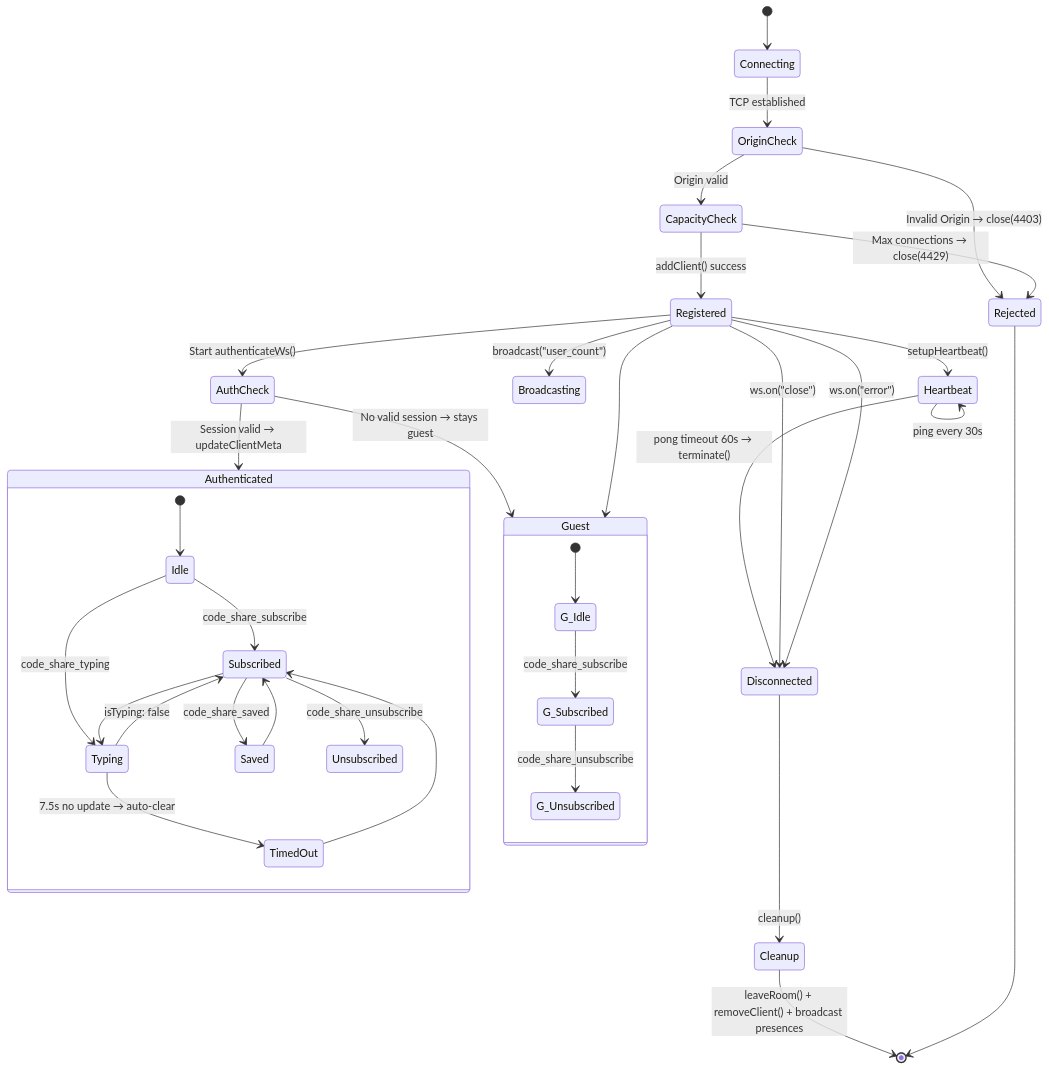
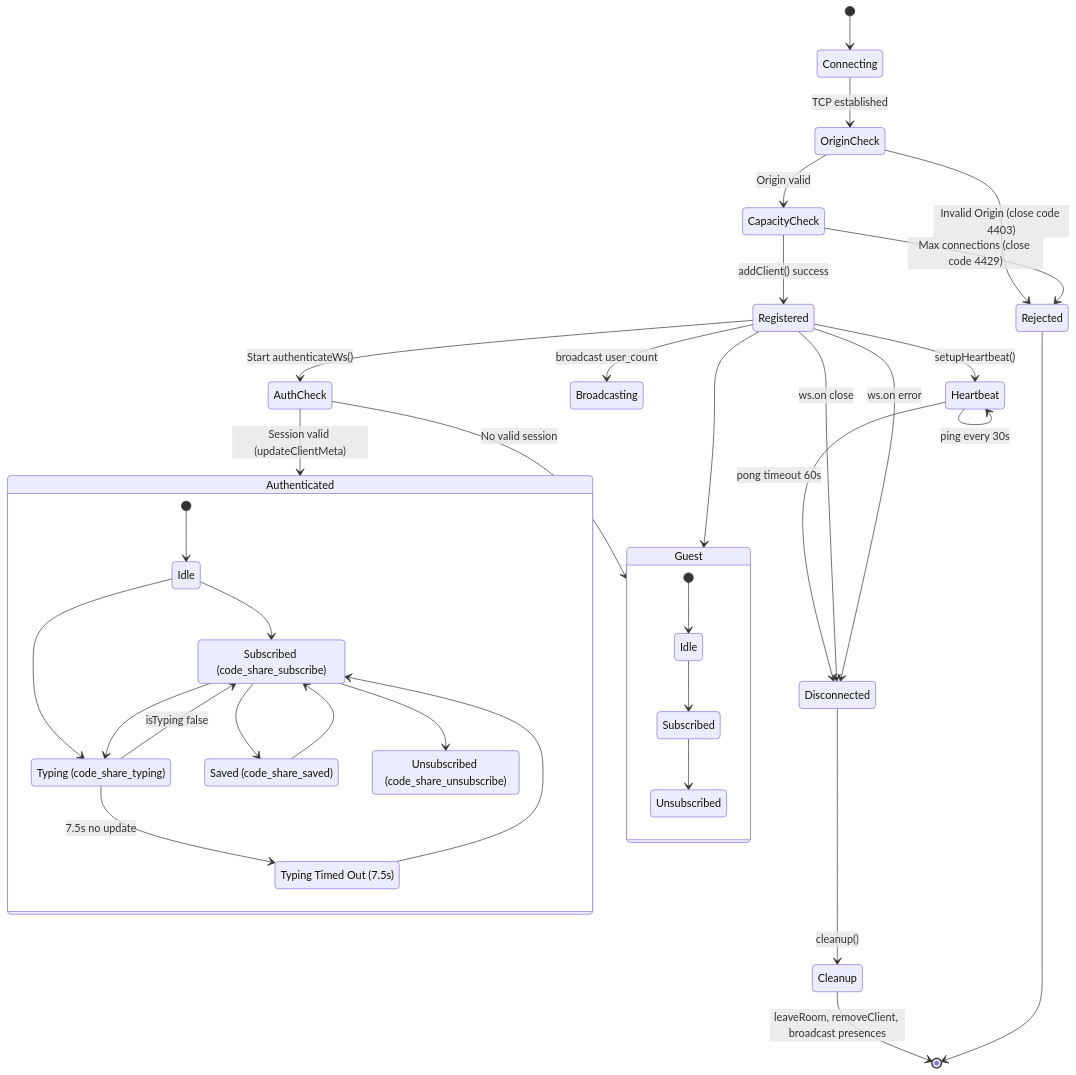
Before and after one commit to kim0040/Nadeulhae: the eighth of 17 diagrams in docs/ARCHITECTURE_UML.md, drawn with Mermaid. The commit also changed other lines of this file, not shown here.

Commit message:
fix(docs): fix Mermaid syntax errors in UML diagrams (invalid types, special chars)

````diff
--- a/docs/ARCHITECTURE_UML.md
+++ b/docs/ARCHITECTURE_UML.md
@@ -895,50 +880,61 @@
 ```mermaid
 stateDiagram-v2
     [*] --> Connecting
 
     Connecting --> OriginCheck : TCP established
-    OriginCheck --> Rejected : Invalid Origin → close(4403)
+    OriginCheck --> Rejected : Invalid Origin (close code 4403)
     OriginCheck --> CapacityCheck : Origin valid
     
-    CapacityCheck --> Rejected : Max connections → close(4429)
+    CapacityCheck --> Rejected : Max connections (close code 4429)
     CapacityCheck --> Registered : addClient() success
     
     Registered --> AuthCheck : Start authenticateWs()
-    Registered --> Broadcasting : broadcast("user_count")
+    Registered --> Broadcasting : broadcast user_count
     Registered --> Heartbeat : setupHeartbeat()
 
-    AuthCheck --> Authenticated : Session valid → updateClientMeta
-    AuthCheck --> Guest : No valid session → stays guest
+    AuthCheck --> Authenticated : Session valid (updateClientMeta)
+    AuthCheck --> Guest : No valid session
 
     state Authenticated {
-        [*] --> Idle
-        Idle --> Subscribed : code_share_subscribe
-        Idle --> Typing : code_share_typing
-        Subscribed --> Saved : code_share_saved
-        Saved --> Subscribed
-        Subscribed --> Unsubscribed : code_share_unsubscribe
-        Subscribed --> Typing
-        Typing --> Subscribed : isTyping: false
-        Typing --> TimedOut : 7.5s no update → auto-clear
-        TimedOut --> Subscribed
+        IdleA : Idle
+        SubscribedA : Subscribed (code_share_subscribe)
+        TypingA : Typing (code_share_typing)
+        SavedA : Saved (code_share_saved)
+        UnsubscribedA : Unsubscribed (code_share_unsubscribe)
+        TimedOutA : Typing Timed Out (7.5s)
+
+        [*] --> IdleA
+        IdleA --> SubscribedA
+        IdleA --> TypingA
+        SubscribedA --> SavedA
+        SavedA --> SubscribedA
+        SubscribedA --> UnsubscribedA
+        SubscribedA --> TypingA
+        TypingA --> SubscribedA : isTyping false
+        TypingA --> TimedOutA : 7.5s no update
+        TimedOutA --> SubscribedA
     }
 
     state Guest {
+        G_Idle : Idle
+        G_Subscribed : Subscribed
+        G_Unsubscribed : Unsubscribed
+
         [*] --> G_Idle
-        G_Idle --> G_Subscribed : code_share_subscribe
-        G_Subscribed --> G_Unsubscribed : code_share_unsubscribe
+        G_Idle --> G_Subscribed
+        G_Subscribed --> G_Unsubscribed
     }
 
     Registered --> Guest
     
     Heartbeat --> Heartbeat : ping every 30s
-    Heartbeat --> Disconnected : pong timeout 60s → terminate()
+    Heartbeat --> Disconnected : pong timeout 60s
 
-    Registered --> Disconnected : ws.on("close")
-    Registered --> Disconnected : ws.on("error")
+    Registered --> Disconnected : ws.on close
+    Registered --> Disconnected : ws.on error
     
     Disconnected --> Cleanup : cleanup()
-    Cleanup --> [*] : leaveRoom() + removeClient() + broadcast presences
+    Cleanup --> [*] : leaveRoom, removeClient, broadcast presences
 
     Rejected --> [*]
 ```
````
